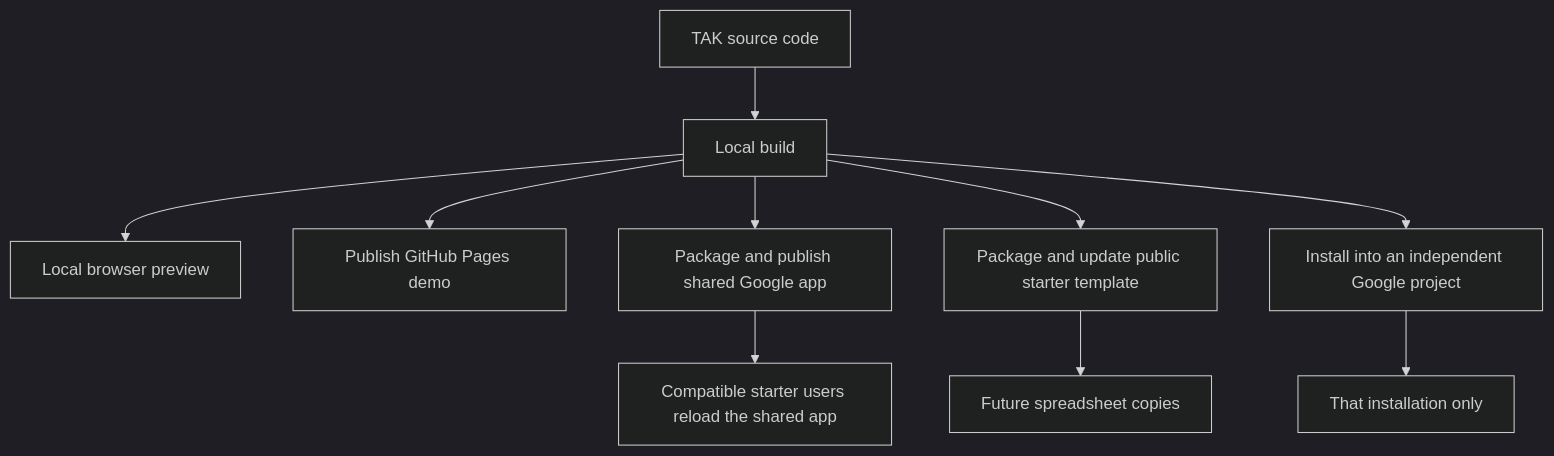
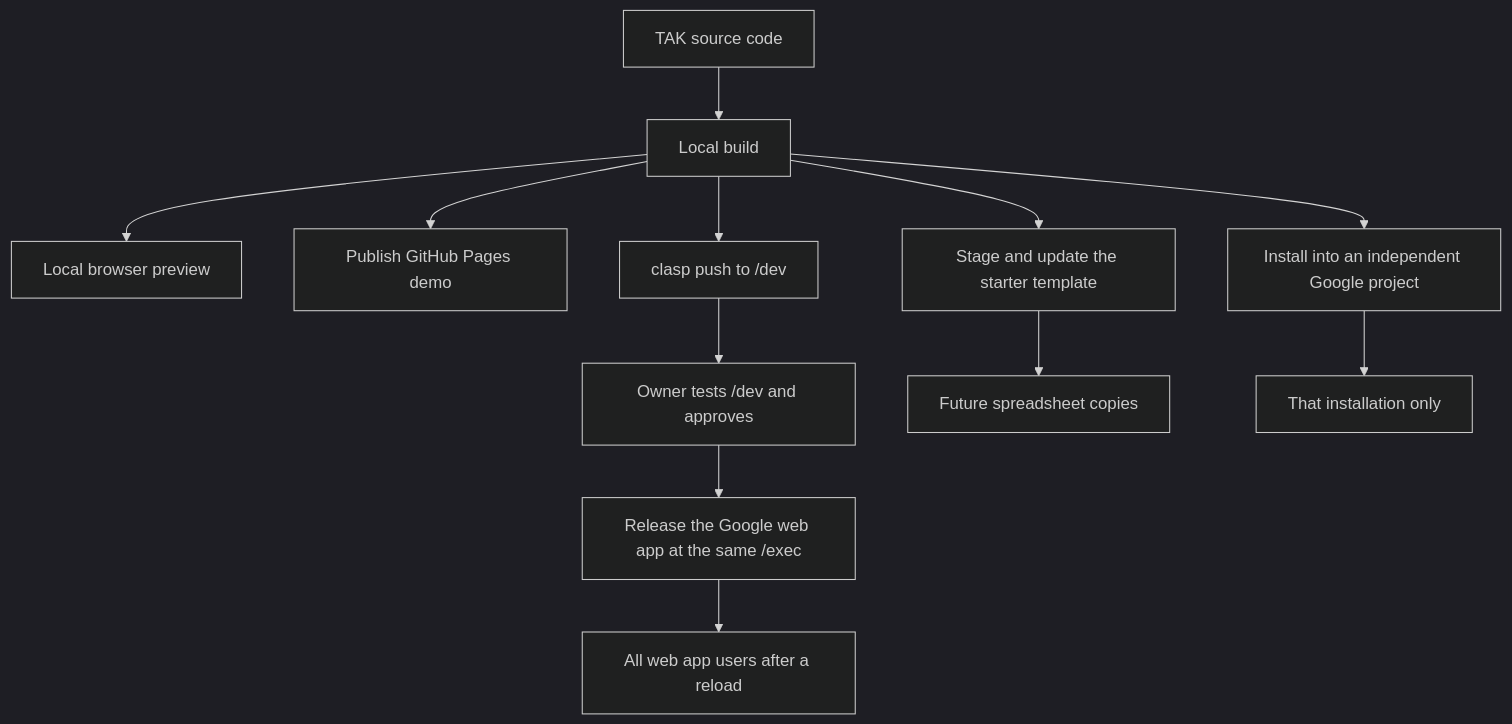
Before and after one commit to martingrossman/TAK: the second of 2 diagrams in readme.md, drawn with Mermaid (dark theme). The commit also changed other lines of this file, not shown here.

First line of the commit message:
README: describe the web app, starter template, Roadmap and release flow as they are now

````diff
--- a/readme.md
+++ b/readme.md
@@ -273,12 +275,14 @@
 ```mermaid
 flowchart TD
     source["TAK source code"] --> build["Local build"]
     build --> local["Local browser preview"]
     build --> pages["Publish GitHub Pages demo"]
-    build --> host["Package and publish shared Google app"]
-    host --> users["Compatible starter users reload the shared app"]
-    build --> starter["Package and update public starter template"]
+    build --> dev["clasp push to /dev"]
+    dev --> approve["Owner tests /dev and approves"]
+    approve --> web["Release the Google web app at the same /exec"]
+    web --> users["All web app users after a reload"]
+    build --> starter["Stage and update the starter template"]
     starter --> copies["Future spreadsheet copies"]
     build --> independent["Install into an independent Google project"]
     independent --> owner["That installation only"]
 ```
````
